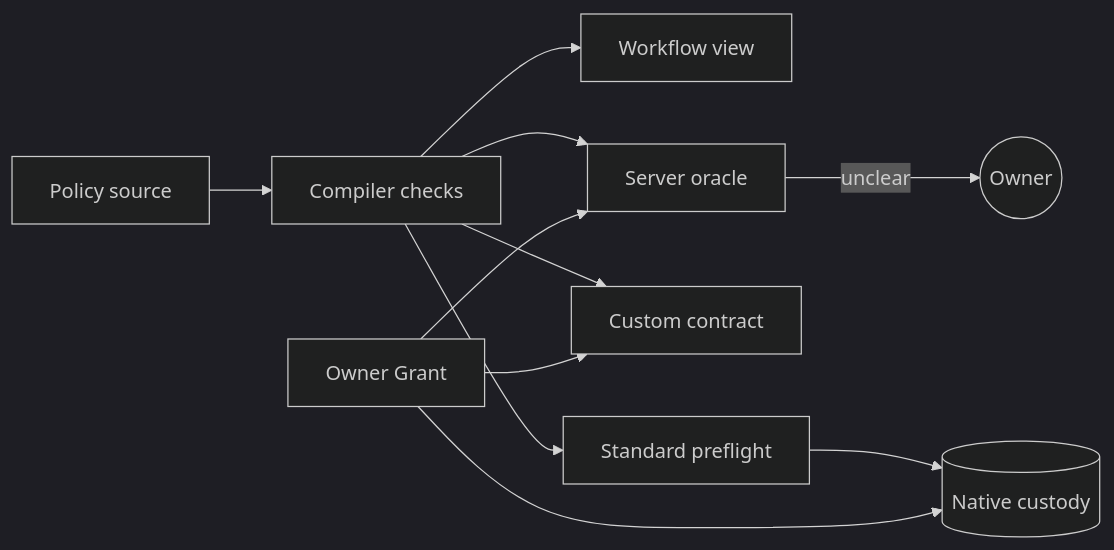
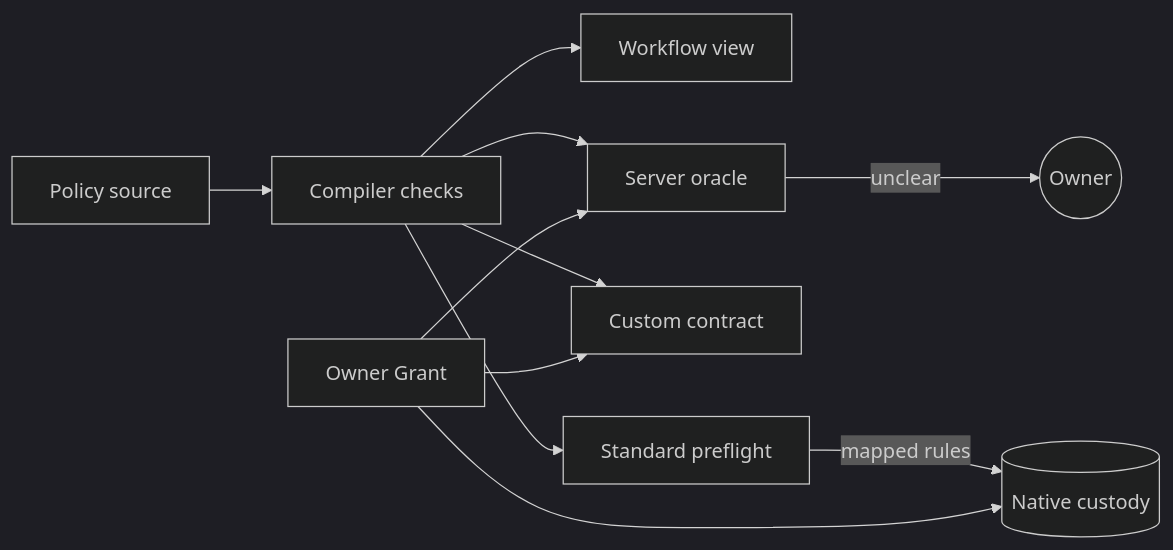
The diagram in docs/policy-sdk.md (AllowIt-hq/Colosseum), drawn with Mermaid (dark theme) before and after one commit. The commit also changed other lines of this file and 3 other files, not shown here.

````diff
--- a/docs/policy-sdk.md
+++ b/docs/policy-sdk.md
@@ -70,13 +71,13 @@
 ```mermaid
 flowchart LR
     Src[Policy source] --> Check[Compiler checks]
     Check --> Flow[Workflow view]
     Check --> Server[Server oracle]
     Check --> Custom[Custom contract]
     Check --> Pre[Standard preflight]
     Server -->|unclear| Owner((Owner))
-    Pre --> Native[(Native custody)]
+    Pre -->|mapped rules| Native[(Native custody)]
     Grant[Owner Grant] --> Server
     Grant --> Custom
     Grant --> Native
 ```
````
